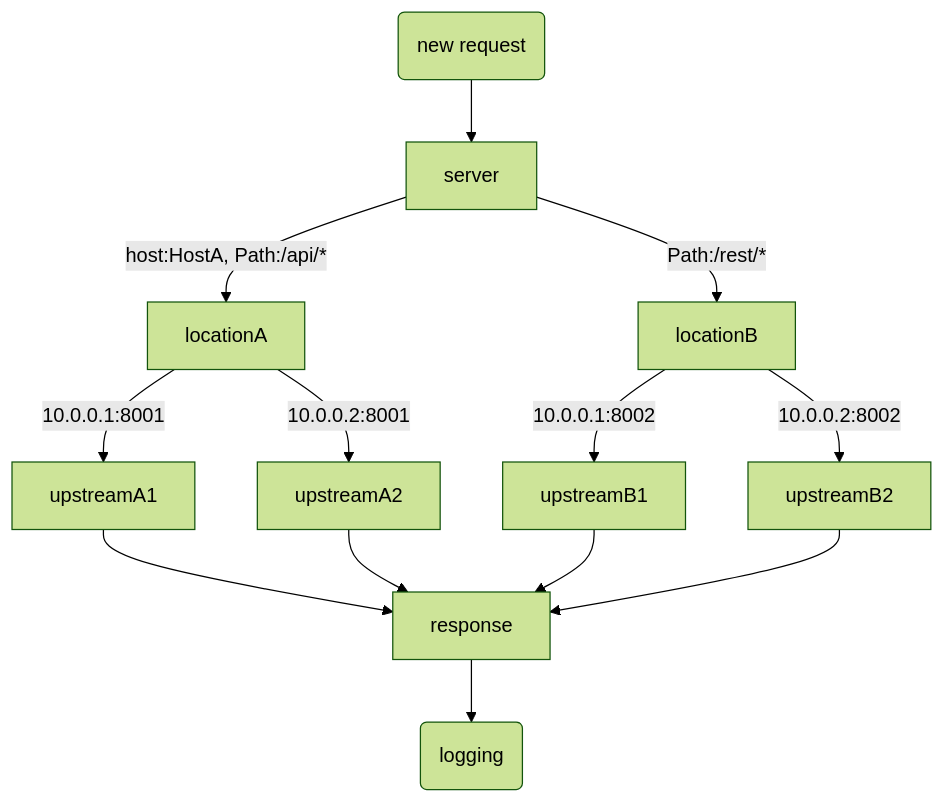
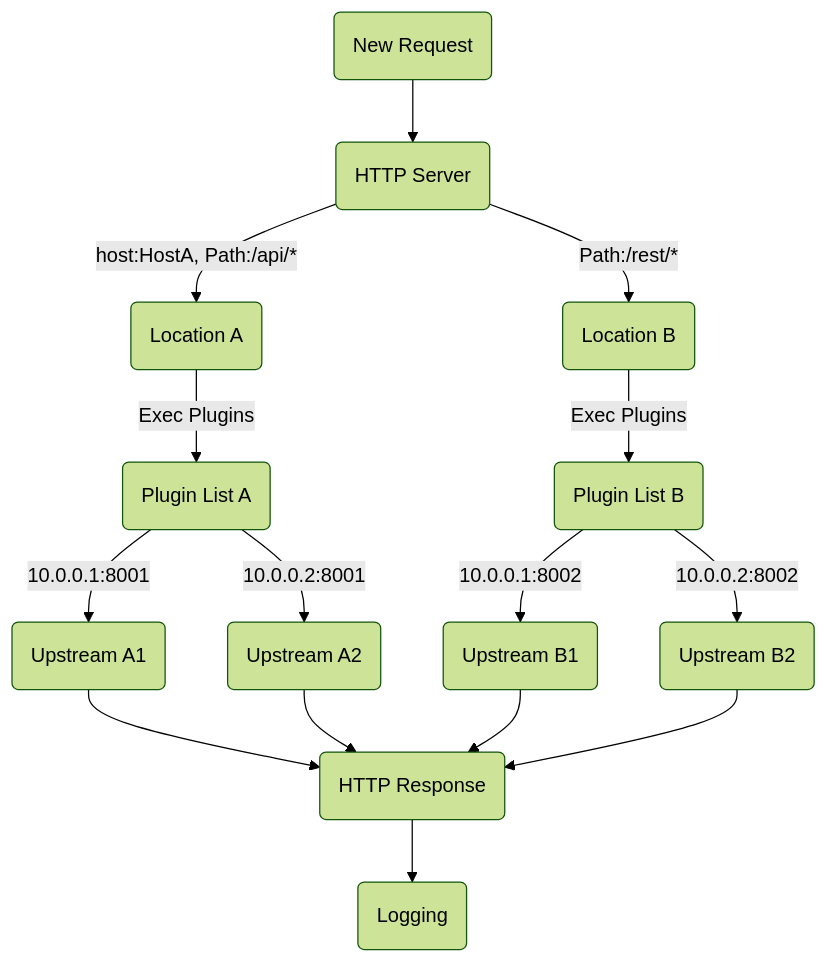
The diagram in README.md (vicanso/pingap), drawn with Mermaid (forest theme) before and after one commit. The commit also changed 20 other files, not shown here.

Commit message:
refactor: adjust http proxy plugin handle

````diff
--- a/README.md
+++ b/README.md
@@ -41,18 +41,22 @@
 ```mermaid
 graph TD;
-    start("new request")-->server;
+    start("New Request")-->server("HTTP Server");
 
-    server -- "host:HostA, Path:/api/*" --> locationA
+    server -- "host:HostA, Path:/api/*" --> locationA("Location A")
 
-    server -- "Path:/rest/*"--> locationB
+    server -- "Path:/rest/*"--> locationB("Location B")
 
-    locationA -- "10.0.0.1:8001" --> upstreamA1 --> response
+    locationA -- "Exec Plugins" --> locationPluginListA("Plugin List A")
 
-    locationA -- "10.0.0.2:8001" --> upstreamA2 --> response
+    locationB -- "Exec Plugins" --> locationPluginListB("Plugin List B")
 
-    locationB -- "10.0.0.1:8002" --> upstreamB1 --> response
+    locationPluginListA -- "10.0.0.1:8001" --> upstreamA1("Upstream A1") --> response
 
-    locationB -- "10.0.0.2:8002" --> upstreamB2 --> response
+    locationPluginListA -- "10.0.0.2:8001" --> upstreamA2("Upstream A2") --> response
 
-    response --> stop("logging");
+    locationPluginListB -- "10.0.0.1:8002" --> upstreamB1("Upstream B1") --> response
+
+    locationPluginListB -- "10.0.0.2:8002" --> upstreamB2("Upstream B2") --> response
+
+    response("HTTP Response") --> stop("Logging");
 ```
````
